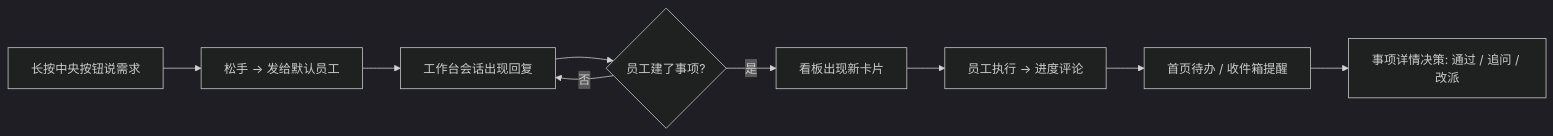
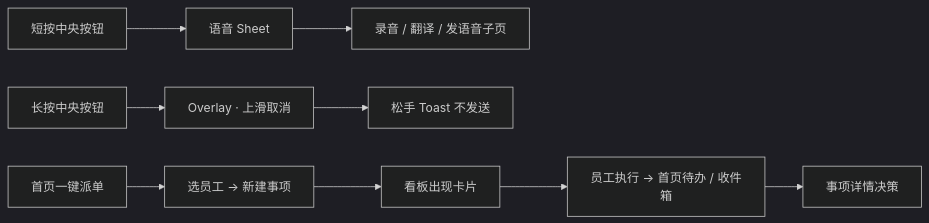
Before and after one commit to turbosunzf/utter-office: the first of 2 diagrams in docs/app-prd.md, drawn with Mermaid (dark theme). The commit also changed other lines of this file and 28 other files, not shown here.

````diff
--- a/docs/app-prd.md
+++ b/docs/app-prd.md
@@ -361,11 +362,11 @@
 ```mermaid
 graph LR
-  A[长按中央按钮说需求] --> B[松手 → 发给默认员工]
-  B --> C[工作台会话出现回复]
-  C --> D{员工建了事项?}
-  D -- 是 --> E[看板出现新卡片]
-  E --> F[员工执行 → 进度评论]
-  F --> G[首页待办 / 收件箱提醒]
-  G --> H[事项详情决策: 通过 / 追问 / 改派]
-  D -- 否 --> C
+  A[短按中央按钮] --> B[语音 Sheet]
+  B --> C[录音 / 翻译 / 发语音子页]
+  D[长按中央按钮] --> E[Overlay · 上滑取消]
+  E --> F[松手 Toast 不发送]
+  G[首页一键派单] --> H[选员工 → 新建事项]
+  H --> I[看板出现卡片]
+  I --> J[员工执行 → 首页待办 / 收件箱]
+  J --> K[事项详情决策]
 ```
````
